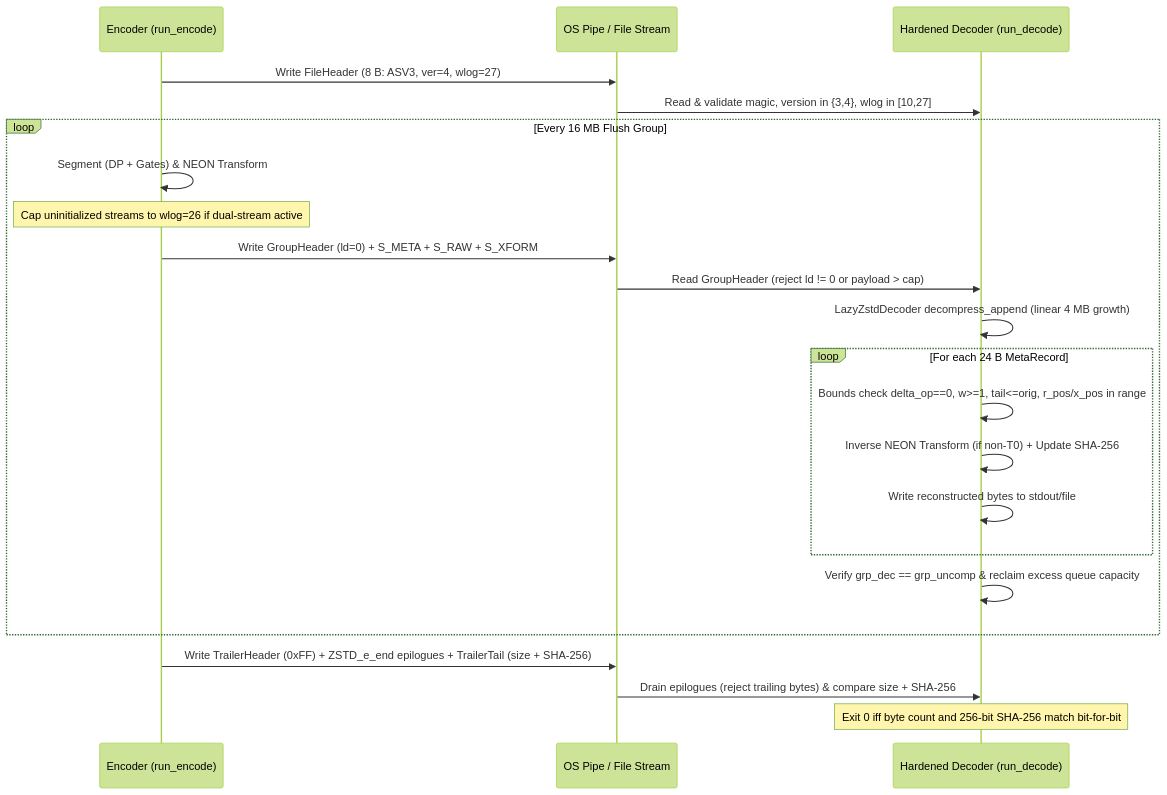
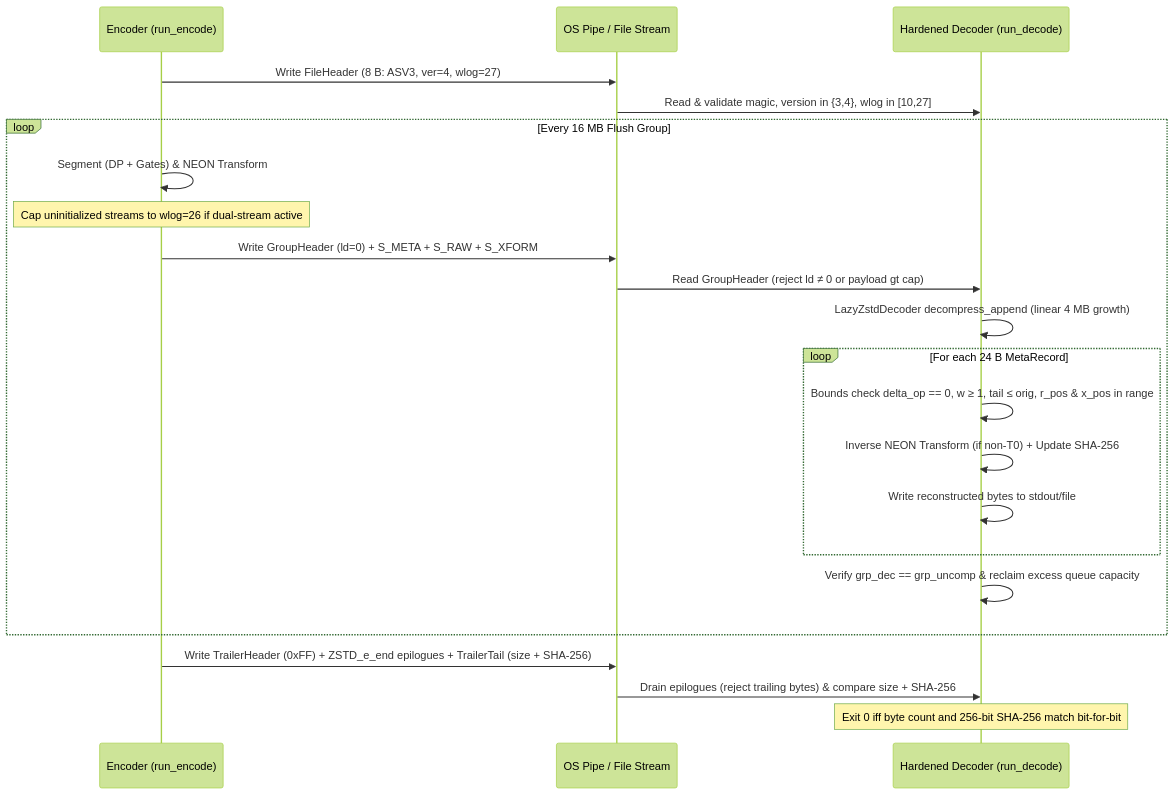
Before and after one commit to austinjohnathand-code/asv4-compression: the fifth of 5 diagrams in ARCHITECTURE.md, drawn with Mermaid (forest theme). The commit also changed other lines of this file and 4 other files, not shown here.

Commit message:
Polish v4.1 release: Mermaid escaping, top-level Makefile, and real corpus downloader

````diff
--- a/ARCHITECTURE.md
+++ b/ARCHITECTURE.md
@@ -167,27 +167,27 @@
 ```mermaid
 sequenceDiagram
     participant Enc as Encoder (run_encode)
     participant Pipe as OS Pipe / File Stream
     participant Dec as Hardened Decoder (run_decode)
 
     Enc->>Pipe: Write FileHeader (8 B: ASV3, ver=4, wlog=27)
     Pipe->>Dec: Read & validate magic, version in {3,4}, wlog in [10,27]
 
     loop Every 16 MB Flush Group
         Enc->>Enc: Segment (DP + Gates) & NEON Transform
         Note over Enc: Cap uninitialized streams to wlog=26 if dual-stream active
         Enc->>Pipe: Write GroupHeader (ld=0) + S_META + S_RAW + S_XFORM
-        Pipe->>Dec: Read GroupHeader (reject ld != 0 or payload > cap)
+        Pipe->>Dec: Read GroupHeader (reject ld ≠ 0 or payload gt cap)
         Dec->>Dec: LazyZstdDecoder decompress_append (linear 4 MB growth)
         loop For each 24 B MetaRecord
-            Dec->>Dec: Bounds check delta_op==0, w>=1, tail<=orig, r_pos/x_pos in range
+            Dec->>Dec: Bounds check delta_op == 0, w ≥ 1, tail ≤ orig, r_pos & x_pos in range
             Dec->>Dec: Inverse NEON Transform (if non-T0) + Update SHA-256
             Dec->>Dec: Write reconstructed bytes to stdout/file
         end
         Dec->>Dec: Verify grp_dec == grp_uncomp & reclaim excess queue capacity
     end
 
     Enc->>Pipe: Write TrailerHeader (0xFF) + ZSTD_e_end epilogues + TrailerTail (size + SHA-256)
     Pipe->>Dec: Drain epilogues (reject trailing bytes) & compare size + SHA-256
     Note over Dec: Exit 0 iff byte count and 256-bit SHA-256 match bit-for-bit
 ```
````
